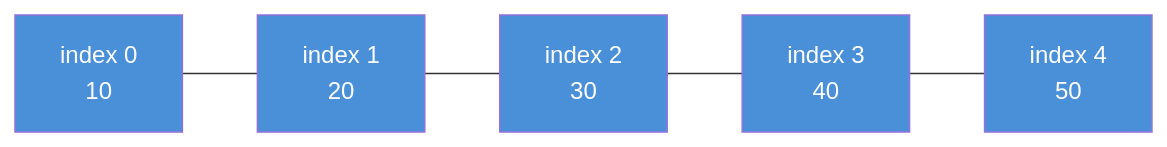
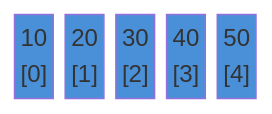
One commit to valarpirai/software-enginneering changed the first of 2 diagrams in docs/00a-arrays-and-strings.md. Above: the diagram before and after it, drawn with Mermaid. The commit also changed other lines of this file, not shown here.

````diff
--- a/docs/00a-arrays-and-strings.md
+++ b/docs/00a-arrays-and-strings.md
@@ -11,9 +53,14 @@
 ```mermaid
-graph LR
-    I0["index 0\n10"] --- I1["index 1\n20"] --- I2["index 2\n30"] --- I3["index 3\n40"] --- I4["index 4\n50"]
-    style I0 fill:#4a90d9,color:#fff
-    style I1 fill:#4a90d9,color:#fff
-    style I2 fill:#4a90d9,color:#fff
-    style I3 fill:#4a90d9,color:#fff
-    style I4 fill:#4a90d9,color:#fff
+block-beta
+  columns 5
+  A["10\n[0]"]:1
+  B["20\n[1]"]:1
+  C["30\n[2]"]:1
+  D["40\n[3]"]:1
+  E["50\n[4]"]:1
+  style A fill:#4a90d9,color:#fff
+  style B fill:#4a90d9,color:#fff
+  style C fill:#4a90d9,color:#fff
+  style D fill:#4a90d9,color:#fff
+  style E fill:#4a90d9,color:#fff
 ```
````
